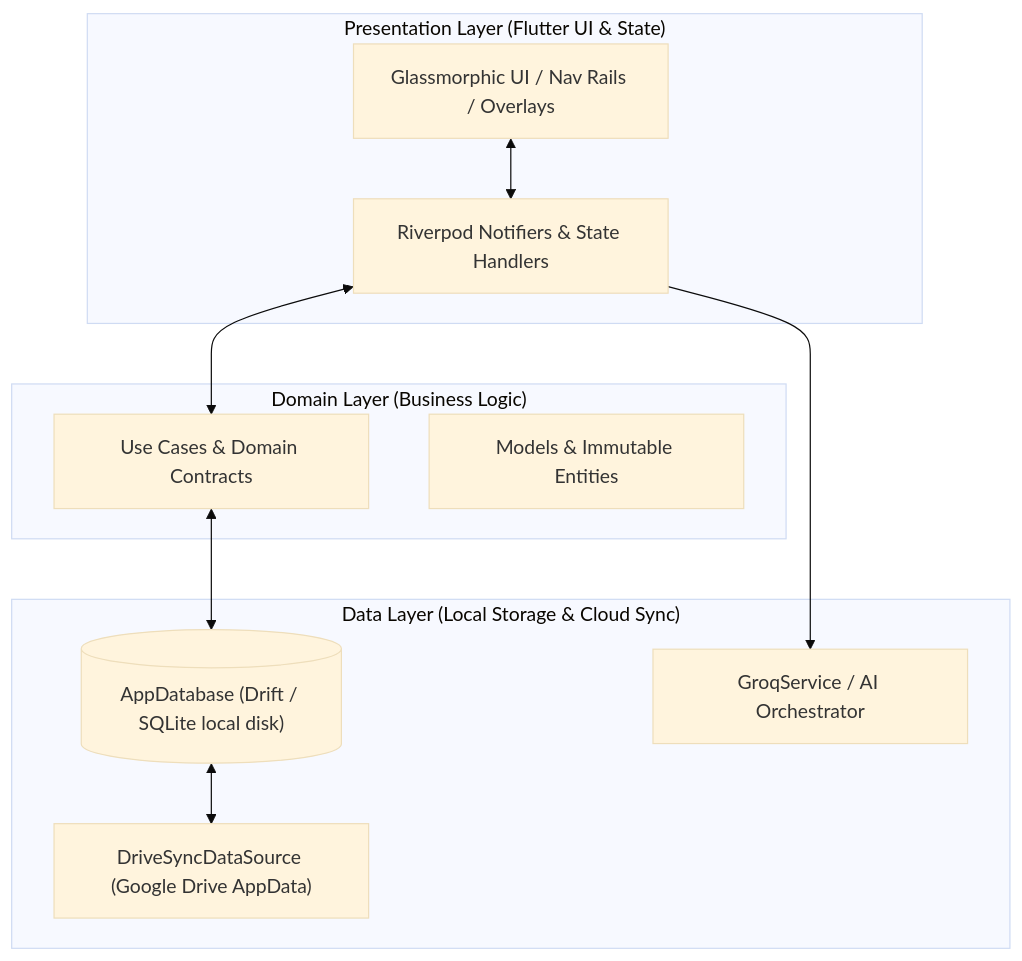
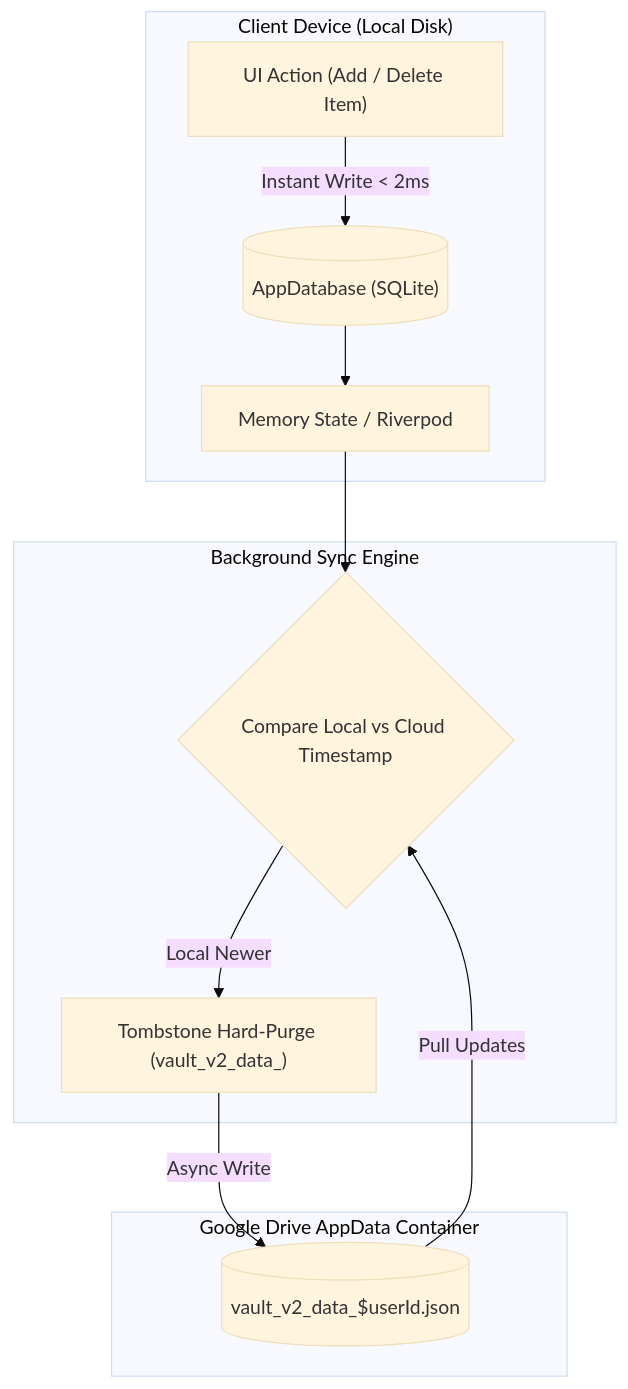
The third of 4 diagrams in README.md (devanshd07o/Memorrow-v1), drawn with Mermaid (base theme) before and after one commit. The commit also changed other lines of this file and 3 other files, not shown here.

Commit message:
docs(showcase): update README with agentic AI capabilities, 3 mermaid diagrams, and fresh premium UI screenshots

````diff
--- a/README.md
+++ b/README.md
@@ -59,24 +128,24 @@
 ```mermaid
 flowchart TD
-    subgraph Presentation Layer ["Presentation Layer (Flutter UI & State)"]
-        UI["Glassmorphic UI / Nav Rails / Overlays"]
-        RP["Riverpod Notifiers & State Handlers"]
+    subgraph Client ["Client Device (Local Disk)"]
+        UI_Event["UI Action (Add / Delete Item)"]
+        SQLite[("AppDatabase (SQLite)")]
+        LocalCache["Memory State / Riverpod"]
     end
 
-    subgraph Domain Layer ["Domain Layer (Business Logic)"]
-        UC["Use Cases & Domain Contracts"]
-        MD["Models & Immutable Entities"]
+    subgraph SyncEngine ["Background Sync Engine"]
+        TimestampCheck{"Compare Local vs Cloud Timestamp"}
+        PurgeFilter["Tombstone Hard-Purge (vault_v2_data_)"]
     end
 
-    subgraph Data Layer ["Data Layer (Local Storage & Cloud Sync)"]
-        DB[("AppDatabase (Drift / SQLite local disk)")]
-        SYNC["DriveSyncDataSource (Google Drive AppData)"]
-        AI["GroqService / AI Orchestrator"]
+    subgraph Cloud ["Google Drive AppData Container"]
+        DriveFile[("vault_v2_data_$userId.json")]
     end
 
-    UI <--> RP
-    RP <--> UC
-    UC <--> DB
-    RP --> AI
-    DB <--> SYNC
+    UI_Event -->|Instant Write < 2ms| SQLite
+    SQLite --> LocalCache
+    LocalCache --> TimestampCheck
+    TimestampCheck -- Local Newer --> PurgeFilter
+    PurgeFilter -->|Async Write| DriveFile
+    DriveFile -- Pull Updates --> TimestampCheck
 ```
````
